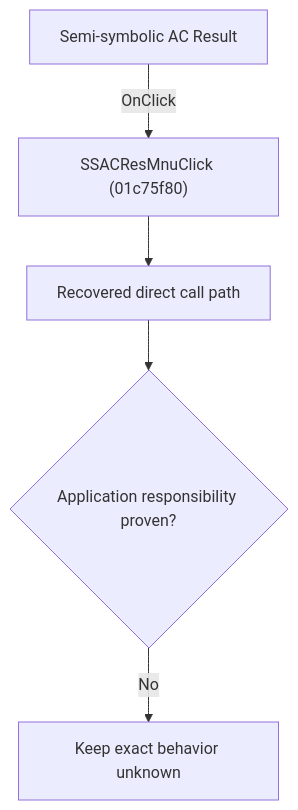
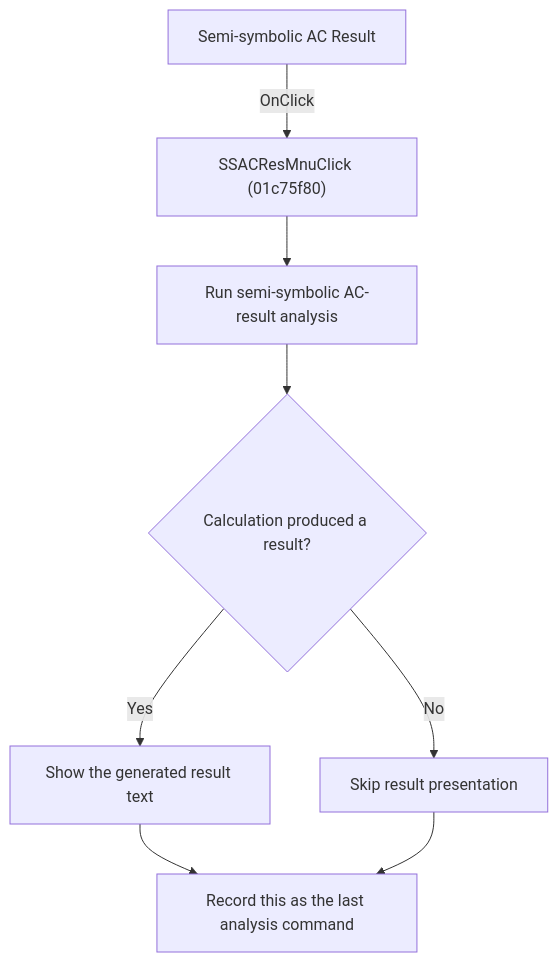
The diagram in docs/ui-controls/schematiceditor/ssacresmnu-4cd572dc73.md (MovGP0/TIARA), drawn with Mermaid before and after one commit. The commit also changed other lines of this file and 241 other files, not shown here.

````diff
--- a/docs/ui-controls/schematiceditor/ssacresmnu-4cd572dc73.md
+++ b/docs/ui-controls/schematiceditor/ssacresmnu-4cd572dc73.md
@@ -27,7 +25,10 @@
 ```mermaid
 flowchart TD
     control["Semi-symbolic AC Result"] -->|"OnClick"| handler["SSACResMnuClick (01c75f80)"]
-    handler --> recovered["Recovered direct call path"]
-    recovered --> gap{"Application responsibility proven?"}
-    gap -->|"No"| blocked["Keep exact behavior unknown"]
+    handler --> calculate["Run semi-symbolic AC-result analysis"]
+    calculate --> result{"Calculation produced a result?"}
+    result -->|"Yes"| show["Show the generated result text"]
+    result -->|"No"| skip["Skip result presentation"]
+    show --> remember["Record this as the last analysis command"]
+    skip --> remember
 ```
````
